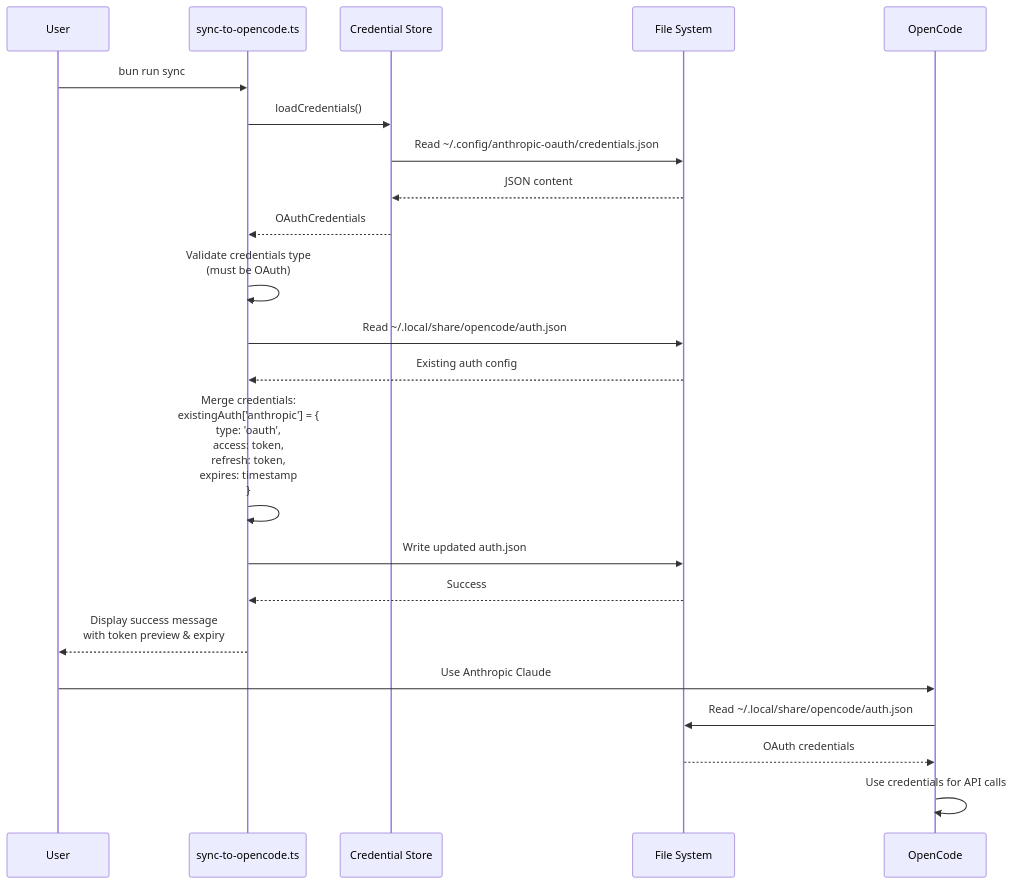
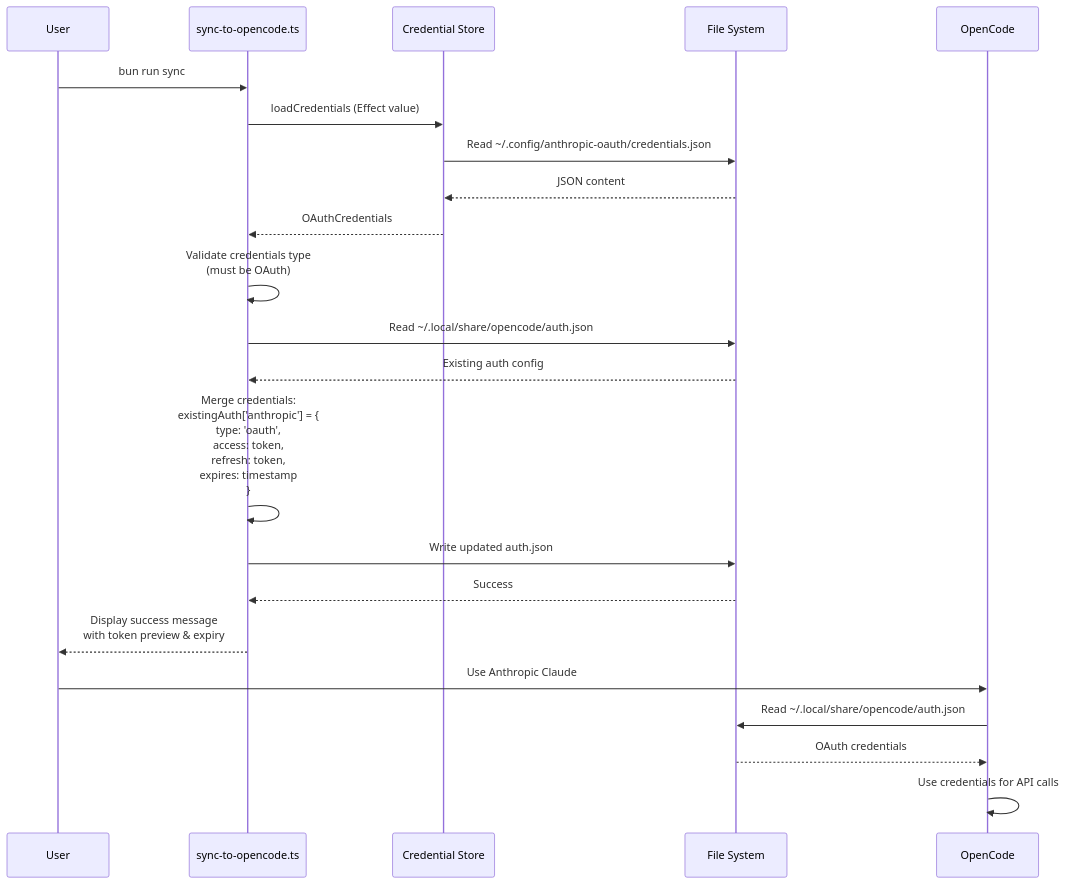
The tenth of 12 diagrams in docs/ARCHITECTURE.md (cipher-rc5/not-anthropic-oauth), drawn with Mermaid before and after one commit. The commit also changed other lines of this file and 29 other files, not shown here.

````diff
--- a/docs/ARCHITECTURE.md
+++ b/docs/ARCHITECTURE.md
@@ -421,31 +473,31 @@
 ```mermaid
 sequenceDiagram
     participant User
     participant Sync as sync-to-opencode.ts
     participant Store as Credential Store
     participant FS as File System
     participant OpenCode
 
     User->>Sync: bun run sync
-    Sync->>Store: loadCredentials()
+    Sync->>Store: loadCredentials (Effect value)
     Store->>FS: Read ~/.config/anthropic-oauth/credentials.json
     FS-->>Store: JSON content
     Store-->>Sync: OAuthCredentials
     
     Sync->>Sync: Validate credentials type<br/>(must be OAuth)
     
     Sync->>FS: Read ~/.local/share/opencode/auth.json
     FS-->>Sync: Existing auth config
     
     Sync->>Sync: Merge credentials:<br/>existingAuth['anthropic'] = {<br/>  type: 'oauth',<br/>  access: token,<br/>  refresh: token,<br/>  expires: timestamp<br/>}
     
     Sync->>FS: Write updated auth.json
     FS-->>Sync: Success
     
     Sync-->>User: Display success message<br/>with token preview & expiry
     
     User->>OpenCode: Use Anthropic Claude
     OpenCode->>FS: Read ~/.local/share/opencode/auth.json
     FS-->>OpenCode: OAuth credentials
     OpenCode->>OpenCode: Use credentials for API calls
 ```
````
